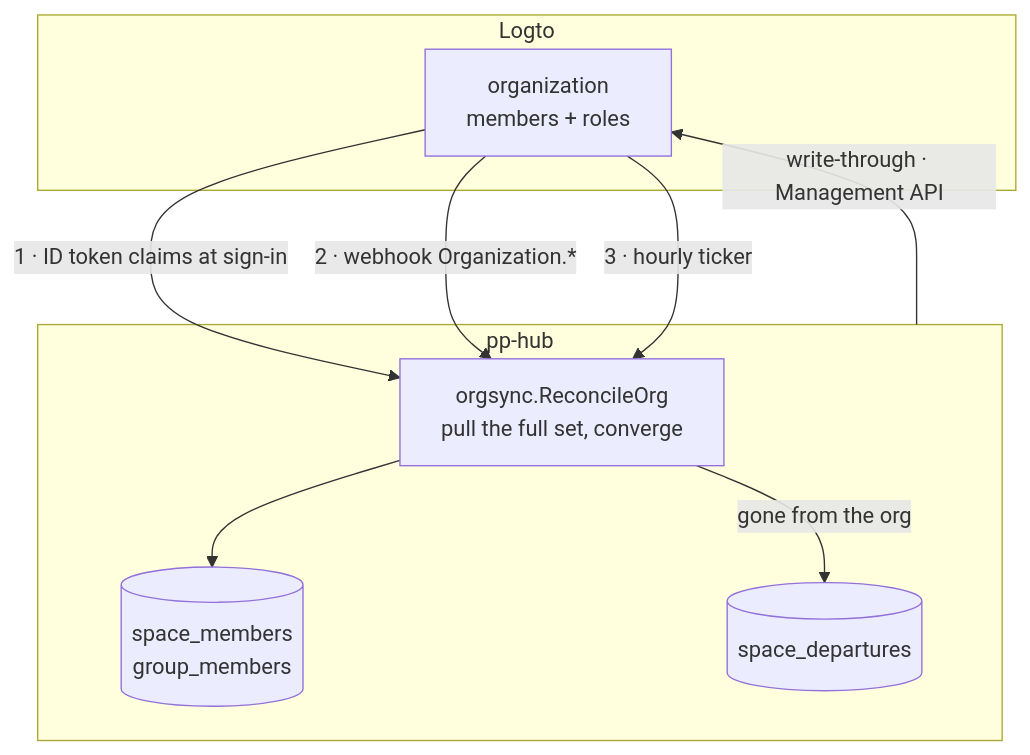
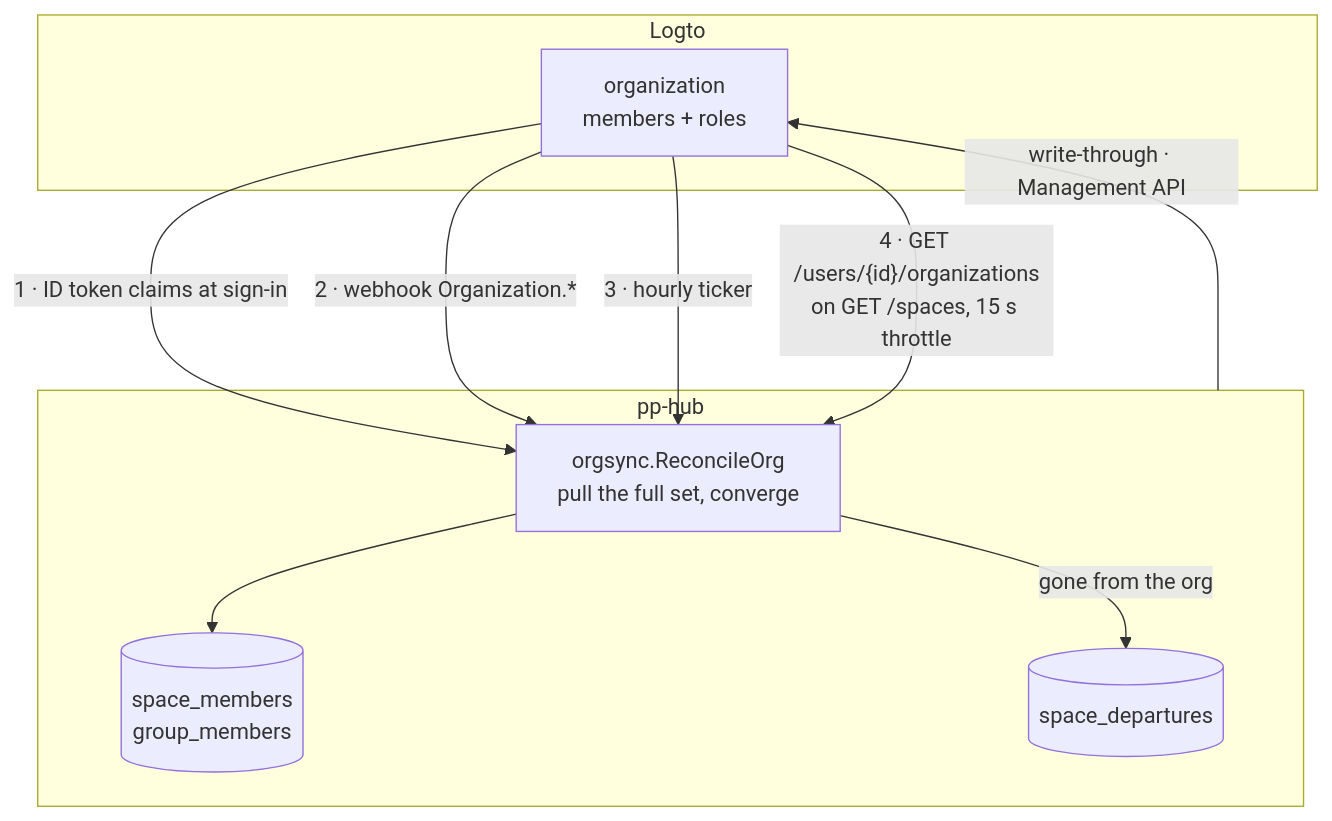
One commit to pp-techs/pp-hub changed the diagram in docs/architecture/logto-org-sync.md. Above: the diagram before and after it, drawn with Mermaid. The commit also changed other lines of this file and 110 other files, not shown here.

````diff
--- a/docs/architecture/logto-org-sync.md
+++ b/docs/architecture/logto-org-sync.md
@@ -53,18 +53,19 @@
 ```mermaid
 flowchart TB
     subgraph L["Logto"]
         ORG["organization<br/>members + roles"]
     end
     subgraph P["pp-hub"]
         REC["orgsync.ReconcileOrg<br/>pull the full set, converge"]
         SM[("space_members<br/>group_members")]
         DEP[("space_departures")]
     end
 
     ORG -->|"1 · ID token claims at sign-in"| REC
     ORG -->|"2 · webhook Organization.*"| REC
     ORG -->|"3 · hourly ticker"| REC
+    ORG -->|"4 · GET /users/{id}/organizations<br/>on GET /spaces, 15 s throttle"| REC
     REC --> SM
     REC -->|"gone from the org"| DEP
     P -->|"write-through · Management API"| ORG
 ```
````
